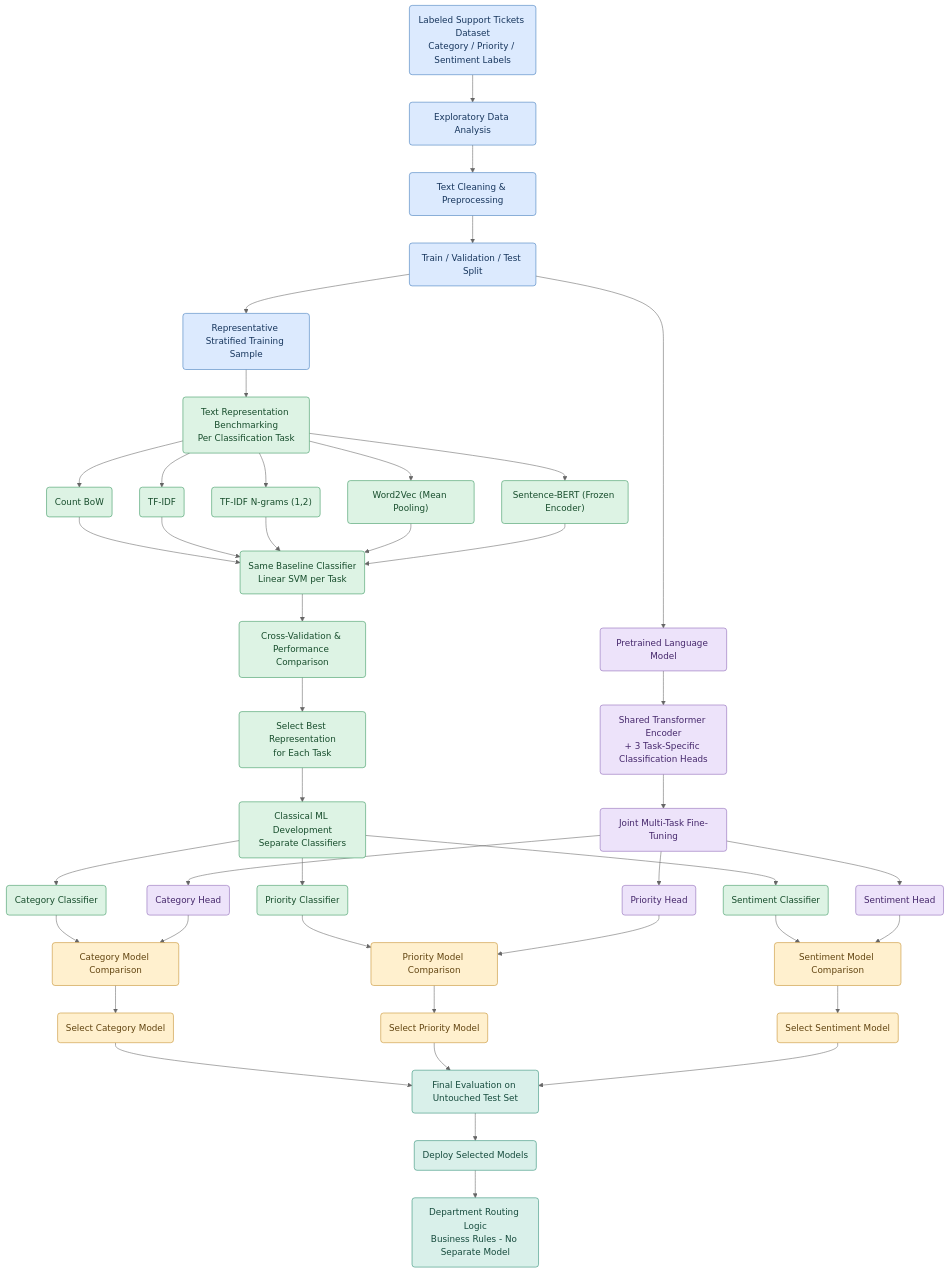
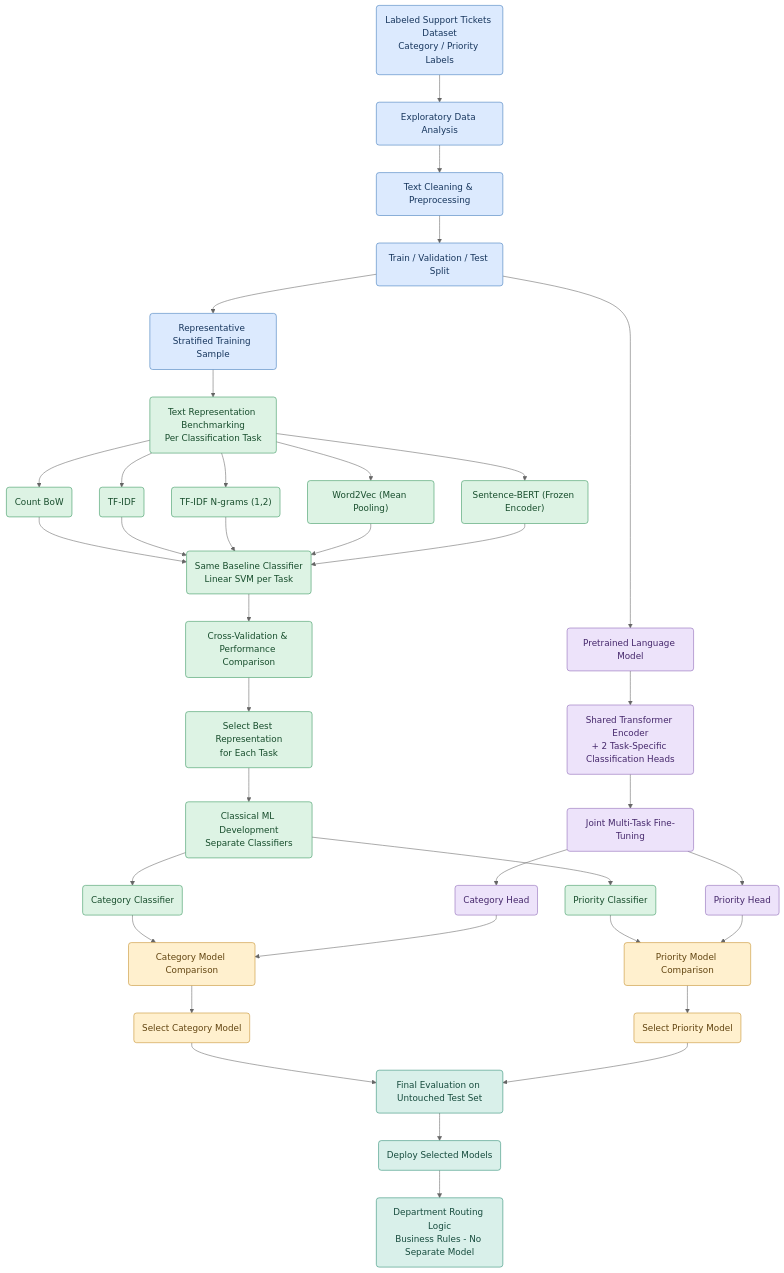
Before and after one commit to depi-r5-ism5-ais2-s1-support-copilot/support-ticket-copilot: the diagram in docs/workflows/model-development-workflow.md, drawn with Mermaid (neutral theme). The commit also changed other lines of this file, not shown here.

Commit message:
docs(workflows): update model development workflow

````diff
--- a/docs/workflows/model-development-workflow.md
+++ b/docs/workflows/model-development-workflow.md
@@ -6,73 +5,66 @@
 ```mermaid
 flowchart TD
-    A("Labeled Support Tickets Dataset<br/>Category / Priority / Sentiment Labels")
+    A("Labeled Support Tickets Dataset<br/>Category / Priority Labels")
     B("Exploratory Data Analysis")
     C("Text Cleaning & Preprocessing")
     D("Train / Validation / Test Split")
 
     A --> B --> C --> D
 
     D --> E("Representative Stratified Training Sample")
     E --> F("Text Representation Benchmarking<br/>Per Classification Task")
 
     F --> F1("Count BoW")
     F --> F2("TF-IDF")
     F --> F3("TF-IDF N-grams (1,2)")
     F --> F4("Word2Vec (Mean Pooling)")
     F --> F5("Sentence-BERT (Frozen Encoder)")
 
     F1 --> G("Same Baseline Classifier<br/>Linear SVM per Task")
     F2 --> G
     F3 --> G
     F4 --> G
     F5 --> G
 
     G --> H("Cross-Validation & Performance Comparison")
     H --> I("Select Best Representation<br/>for Each Task")
 
     I --> J("Classical ML Development<br/>Separate Classifiers")
 
     J --> J1("Category Classifier")
     J --> J2("Priority Classifier")
-    J --> J3("Sentiment Classifier")
 
     D --> K("Pretrained Language Model")
-    K --> L("Shared Transformer Encoder<br/>+ 3 Task-Specific Classification Heads")
+    K --> L("Shared Transformer Encoder<br/>+ 2 Task-Specific Classification Heads")
     L --> M("Joint Multi-Task Fine-Tuning")
 
     M --> M1("Category Head")
     M --> M2("Priority Head")
-    M --> M3("Sentiment Head")
 
     J1 --> N1("Category Model Comparison")
     M1 --> N1
 
     J2 --> N2("Priority Model Comparison")
     M2 --> N2
 
-    J3 --> N3("Sentiment Model Comparison")
-    M3 --> N3
-
     N1 --> O1("Select Category Model")
     N2 --> O2("Select Priority Model")
-    N3 --> O3("Select Sentiment Model")
 
     O1 --> P("Final Evaluation on Untouched Test Set")
     O2 --> P
-    O3 --> P
 
     P --> Q("Deploy Selected Models")
     Q --> R("Department Routing Logic<br/>Business Rules - No Separate Model")
 
     classDef data fill:#DCEAFE,stroke:#3976B9,color:#17365D
     classDef classical fill:#DDF3E4,stroke:#32945B,color:#174D2C
     classDef deep fill:#EDE3FA,stroke:#8961B5,color:#45276B
     classDef decision fill:#FFF0CE,stroke:#C28B27,color:#624511
     classDef output fill:#D9F0EA,stroke:#278A70,color:#164B3D
 
     class A,B,C,D,E data
-    class F,F1,F2,F3,F4,F5,G,H,I,J,J1,J2,J3 classical
-    class K,L,M,M1,M2,M3 deep
-    class N1,N2,N3,O1,O2,O3 decision
+    class F,F1,F2,F3,F4,F5,G,H,I,J,J1,J2 classical
+    class K,L,M,M1,M2 deep
+    class N1,N2,O1,O2 decision
     class P,Q,R output
 ```
````
